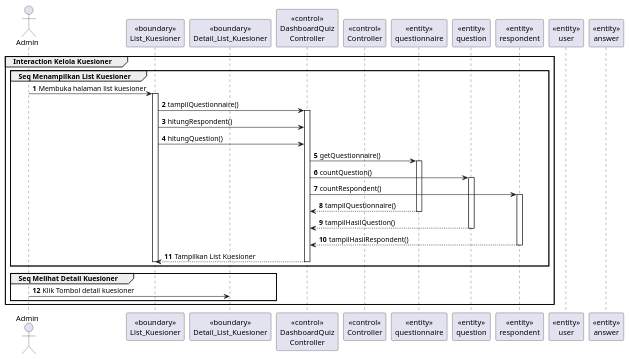
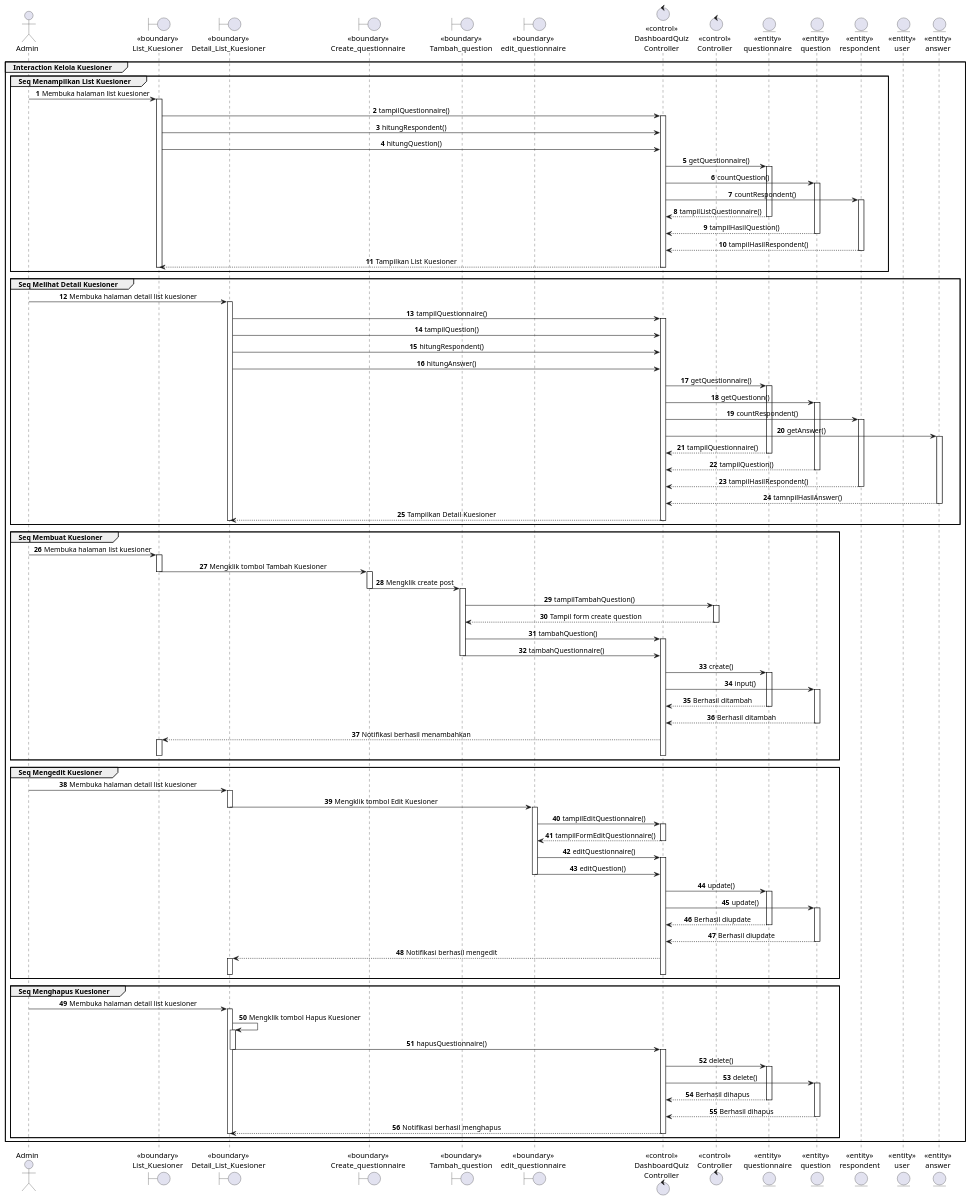
One commit to Churma16/indeks-kepuasan-masyarakat changed the diagram in documentation/SequenceDiagram/kelolaDataSequenceDiagram.puml. Above: the diagram before and after it, drawn with PlantUML.

Commit message:
buat kelola data squence

```diff
--- a/documentation/SequenceDiagram/kelolaDataSequenceDiagram.puml
+++ b/documentation/SequenceDiagram/kelolaDataSequenceDiagram.puml
@@ -1,49 +1,164 @@
 @startuml Interaction Kelola Data
 autonumber
 ' skinparam style strictuml
-' skinparam SequenceMessageAlignment center
+skinparam SequenceMessageAlignment center
 group Interaction Kelola Kuesioner
 
     actor Admin 
-    participant "<<boundary>>\nList_Kuesioner" as list
-    participant "<<boundary>>\nDetail_List_Kuesioner" as dlist
-    participant "<<control>>\nDashboardQuiz\nController" as dqcontrol
-    participant "<<control>>\nController" as control
-    participant "<<entity>>\nquestionnaire" as questioner
-    participant "<<entity>>\nquestion" as question
-    participant "<<entity>>\nrespondent" as respondent
-    participant "<<entity>>\nuser" as admin
-    participant "<<entity>>\nanswer" as answer
+    boundary "<<boundary>>\nList_Kuesioner" as list
+    boundary "<<boundary>>\nDetail_List_Kuesioner" as dlist
+    boundary "<<boundary>>\nCreate_questionnaire" as tquestionnaire
+    boundary "<<boundary>>\nTambah_question" as tquestion
+    boundary "<<boundary>>\nedit_questionnaire" as equestionnaire
+    control "<<control>>\nDashboardQuiz\nController" as dqcontrol
+    control "<<control>>\nController" as control
+    entity "<<entity>>\nquestionnaire" as questioner
+    entity "<<entity>>\nquestion" as question
+    entity "<<entity>>\nrespondent" as respondent
+    entity "<<entity>>\nuser" as admin
+    entity "<<entity>>\nanswer" as answer
 
     group Seq Menampilkan List Kuesioner
         Admin->list:Membuka halaman list kuesioner
         activate list
             list-> dqcontrol: tampilQuestionnaire()
             activate dqcontrol
                 list-> dqcontrol: hitungRespondent()
                 list-> dqcontrol: hitungQuestion()
 
                 dqcontrol-> questioner: getQuestionnaire()
                 activate questioner
                     dqcontrol-> question:   countQuestion()
                 activate question
                     dqcontrol-> respondent: countRespondent()
                 activate respondent
 
-                    questioner--> dqcontrol: tampilQuestionnaire()
+                    questioner--> dqcontrol: tampilListQuestionnaire()
                 deactivate questioner
                     question--> dqcontrol: tampilHasilQuestion() 
                 deactivate question
                     respondent--> dqcontrol: tampilHasilRespondent() 
                 deactivate respondent
                 dqcontrol--> list: Tampilkan List Kuesioner
             deactivate dqcontrol
         deactivate list
     end
 
     group Seq Melihat Detail Kuesioner
-        Admin->dlist: Klik Tombol detail kuesioner
+        Admin-> dlist: Membuka halaman detail list kuesioner
+        activate dlist
+            dlist-> dqcontrol: tampilQuestionnaire()
+                activate dqcontrol
+                dlist-> dqcontrol: tampilQuestion()
+                dlist-> dqcontrol: hitungRespondent()
+                dlist-> dqcontrol: hitungAnswer()
+                
+                
+                dqcontrol-> questioner: getQuestionnaire()
+                activate questioner
+                dqcontrol-> question: getQuestionn()
+                activate question
+                dqcontrol-> respondent: countRespondent()
+                activate respondent
+                dqcontrol-> answer: getAnswer()
+                activate answer
+
+                questioner--> dqcontrol: tampilQuestionnaire()
+                deactivate questioner
+                question--> dqcontrol: tampilQuestion()
+                deactivate question
+                respondent--> dqcontrol: tampilHasilRespondent()
+                deactivate respondent
+                answer--> dqcontrol: tamnpilHasilAnswer()
+                deactivate answer
+
+                dqcontrol--> dlist: Tampilkan Detail Kuesioner
+                deactivate dqcontrol
+        deactivate dlist
         
+    end
+
+    group Seq Membuat Kuesioner
+        Admin-> list: Membuka halaman list kuesioner
+        activate list
+            list-> tquestionnaire: Mengklik tombol Tambah Kuesioner
+        deactivate list
+
+        activate tquestionnaire
+            tquestionnaire-> tquestion: Mengklik create post
+        deactivate tquestionnaire
+
+        activate tquestion
+            tquestion-> control: tampilTambahQuestion()
+            activate control
+                control--> tquestion: Tampil form create question
+            deactivate control
+            tquestion-> dqcontrol: tambahQuestion()
+            activate dqcontrol
+            tquestion-> dqcontrol: tambahQuestionnaire()
+        deactivate tquestion
+        dqcontrol-> questioner: create()
+        activate questioner
+        dqcontrol-> question: input()
+        activate question
+        questioner--> dqcontrol: Berhasil ditambah
+        deactivate questioner
+        question--> dqcontrol: Berhasil ditambah
+        deactivate question
+        dqcontrol--> list: Notifikasi berhasil menambahkan
+        activate list
+        deactivate list
+        deactivate dqcontrol
+    end
+    
+    group Seq Mengedit Kuesioner
+        Admin->dlist: Membuka halaman detail list kuesioner
+        activate dlist
+            dlist-> equestionnaire: Mengklik tombol Edit Kuesioner
+        deactivate dlist
+        activate equestionnaire
+        equestionnaire-> dqcontrol: tampilEditQuestionnaire()
+            activate dqcontrol
+                dqcontrol--> equestionnaire: tampilFormEditQuestionnaire()
+            deactivate dqcontrol
+        equestionnaire-> dqcontrol: editQuestionnaire()
+        activate dqcontrol
+        equestionnaire-> dqcontrol: editQuestion()
+        deactivate equestionnaire
+        dqcontrol-> questioner: update()
+        activate questioner
+        dqcontrol-> question: update()
+        activate question
+        questioner--> dqcontrol: Berhasil diupdate
+        deactivate questioner
+        question--> dqcontrol: Berhasil diupdate
+        deactivate question
+        dqcontrol--> dlist: Notifikasi berhasil mengedit
+        activate dlist
+        deactivate dlist
+        deactivate dqcontrol
+    end
+
+    group Seq Menghapus Kuesioner
+        Admin-> dlist: Membuka halaman detail list kuesioner
+        activate dlist
+                dlist-> dlist: Mengklik tombol Hapus Kuesioner
+            activate dlist
+                dlist-> dqcontrol: hapusQuestionnaire()
+            deactivate dlist
+            
+            activate dqcontrol
+                dqcontrol-> questioner: delete()
+            activate questioner
+                dqcontrol-> question: delete()
+            activate question
+                questioner--> dqcontrol: Berhasil dihapus
+            deactivate questioner
+                question--> dqcontrol: Berhasil dihapus
+            deactivate question
+                dqcontrol--> dlist: Notifikasi berhasil menghapus
+            deactivate dqcontrol
+        deactivate dlist
     end
 end
 @enduml
```
